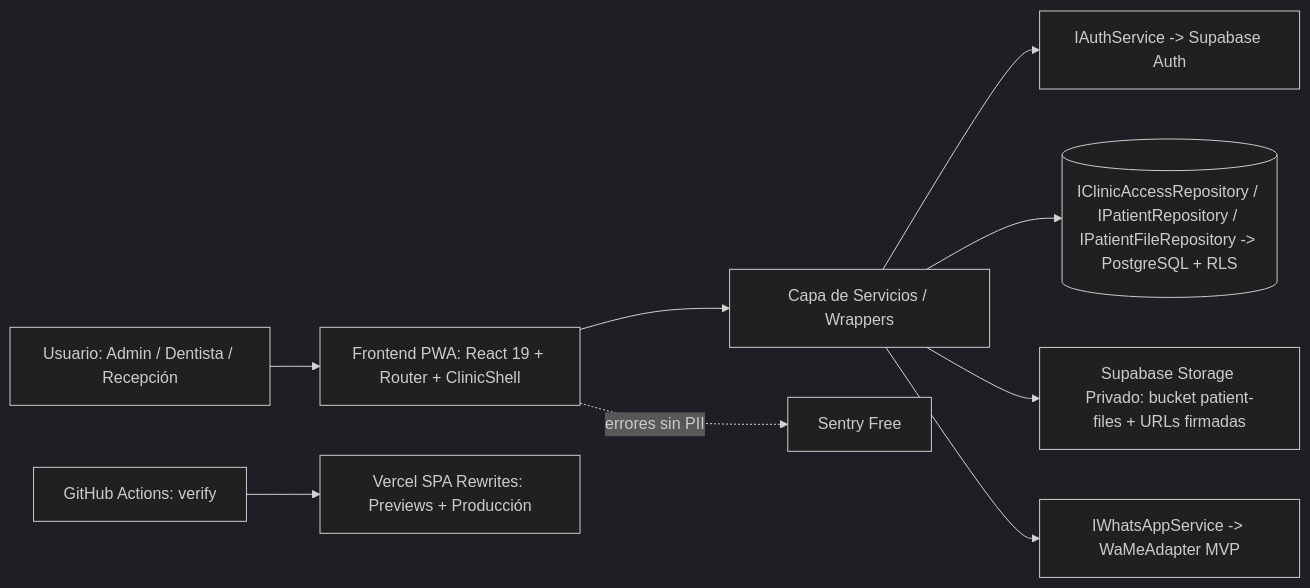
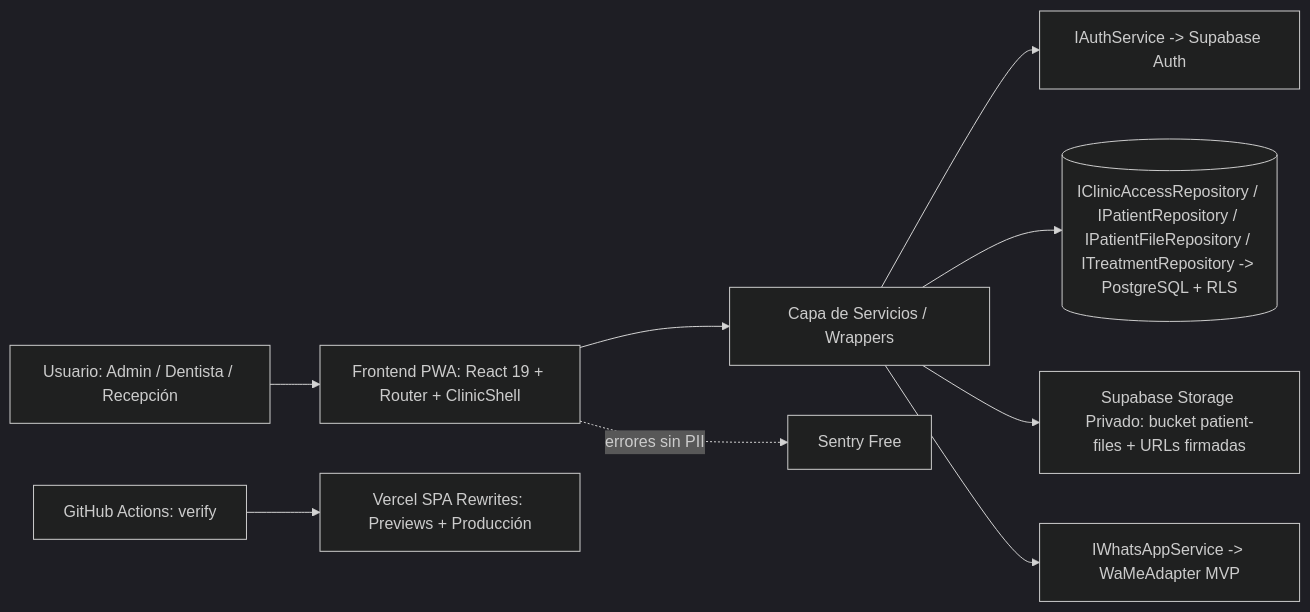
Before and after one commit to augustoalr/dentalcare: the diagram in docs/ARQUITECTURA.md, drawn with Mermaid (dark theme). The commit also changed other lines of this file and 23 other files, not shown here.

````diff
--- a/docs/ARQUITECTURA.md
+++ b/docs/ARQUITECTURA.md
@@ -7,11 +7,11 @@
 ```mermaid
 flowchart LR
     U[Usuario: Admin / Dentista / Recepción] --> W[Frontend PWA: React 19 + Router + ClinicShell]
     W --> WRAP[Capa de Servicios / Wrappers]
     WRAP --> AUTH[IAuthService -> Supabase Auth]
-    WRAP --> DB[(IClinicAccessRepository / IPatientRepository / IPatientFileRepository -> PostgreSQL + RLS)]
+    WRAP --> DB[(IClinicAccessRepository / IPatientRepository / IPatientFileRepository / ITreatmentRepository -> PostgreSQL + RLS)]
     WRAP --> ST[Supabase Storage Privado: bucket patient-files + URLs firmadas]
     WRAP --> WA[IWhatsAppService -> WaMeAdapter MVP]
     W -. errores sin PII .-> SEN[Sentry Free]
     GH[GitHub Actions: verify] --> V[Vercel SPA Rewrites: Previews + Producción]
 ```
````
